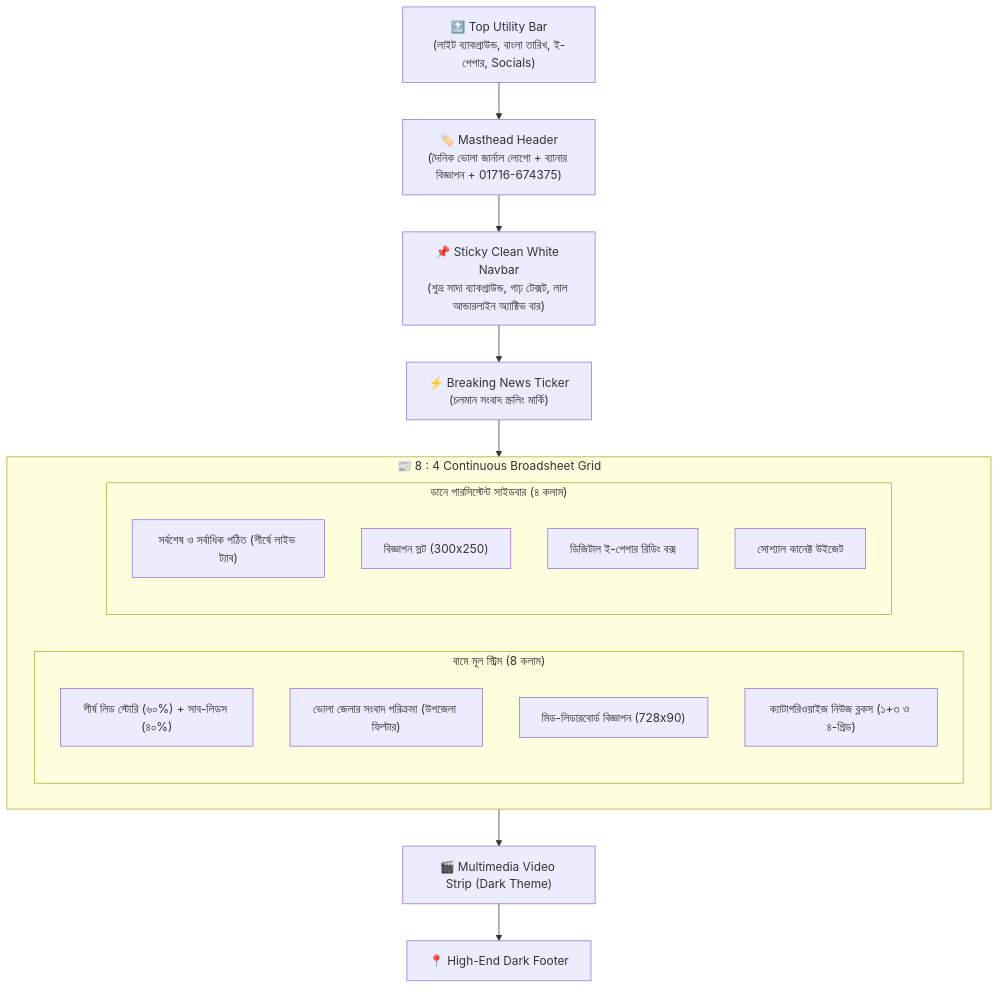
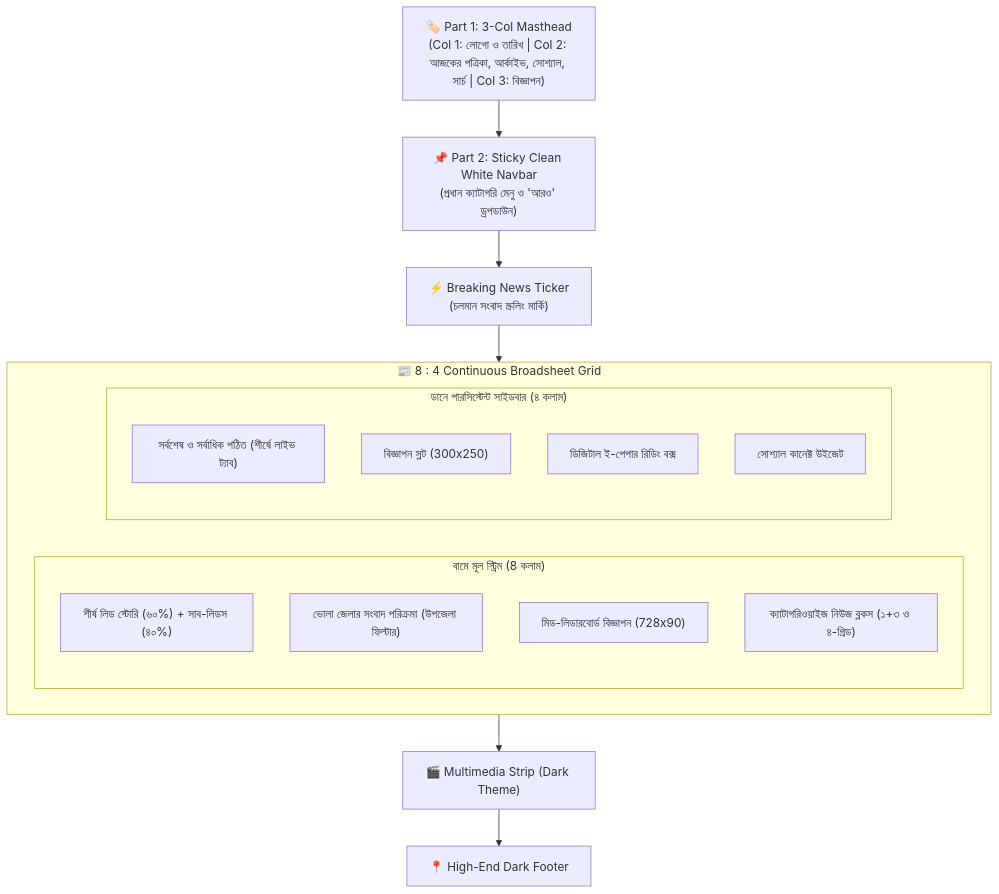
The diagram in AntiGr.md (SRahul353/dailybholajournal), drawn with Mermaid before and after one commit. The commit also changed other lines of this file and 7 other files, not shown here.

Commit message:
feat(header): redesign header to 3-column masthead, clean category navbar and update logos

````diff
--- a/AntiGr.md
+++ b/AntiGr.md
@@ -62,29 +62,28 @@
 ```mermaid
 flowchart TD
-    A["🔝 Top Utility Bar<br/>(লাইট ব্যাকগ্রাউন্ড, বাংলা তারিখ, ই-পেপার, Socials)"]
-    B["🏷️ Masthead Header<br/>(দৈনিক ভোলা জার্নাল লোগো + ব্যানার বিজ্ঞাপন + 01716-674375)"]
-    C["📌 Sticky Clean White Navbar<br/>(শুভ্র সাদা ব্যাকগ্রাউন্ড, গাঢ় টেক্সট, লাল আন্ডারলাইন অ্যাক্টিভ বার)"]
-    D["⚡ Breaking News Ticker<br/>(চলমান সংবাদ স্ক্রলিং মার্কি)"]
+    A["🏷️ Part 1: 3-Col Masthead<br/>(Col 1: লোগো ও তারিখ | Col 2: আজকের পত্রিকা, আর্কাইভ, সোশ্যাল, সার্চ | Col 3: বিজ্ঞাপন)"]
+    B["📌 Part 2: Sticky Clean White Navbar<br/>(প্রধান ক্যাটাগরি মেনু ও 'আরও' ড্রপডাউন)"]
+    C["⚡ Breaking News Ticker<br/>(চলমান সংবাদ স্ক্রলিং মার্কি)"]
     
     subgraph BODY["📰 8 : 4 Continuous Broadsheet Grid"]
         subgraph MAIN_COL["বামে মূল স্ট্রিম (8 কলাম)"]
             E1["শীর্ষ লিড স্টোরি (৬০%) + সাব-লিডস (৪০%)"]
             E2["ভোলা জেলার সংবাদ পরিক্রমা (উপজেলা ফিল্টার)"]
             E3["মিড-লিডারবোর্ড বিজ্ঞাপন (728x90)"]
             E4["ক্যাটাগরিওয়াইজ নিউজ ব্লকস (১+৩ ও ৪-গ্রিড)"]
         end
         
         subgraph SIDEBAR["ডানে পারসিস্টেন্ট সাইডবার (৪ কলাম)"]
             S1["সর্বশেষ ও সর্বাধিক পঠিত (শীর্ষে লাইভ ট্যাব)"]
             S2["বিজ্ঞাপন স্লট (300x250)"]
             S3["ডিজিটাল ই-পেপার রিডিং বক্স"]
             S4["সোশ্যাল কানেক্ট উইজেট"]
         end
     end
     
-    F["🎬 Multimedia Video Strip (Dark Theme)"]
+    F["🎬 Multimedia Strip (Dark Theme)"]
     G["📍 High-End Dark Footer"]
 
-    A --> B --> C --> D --> BODY
+    A --> B --> C --> BODY
     BODY --> F --> G
 ```
````
